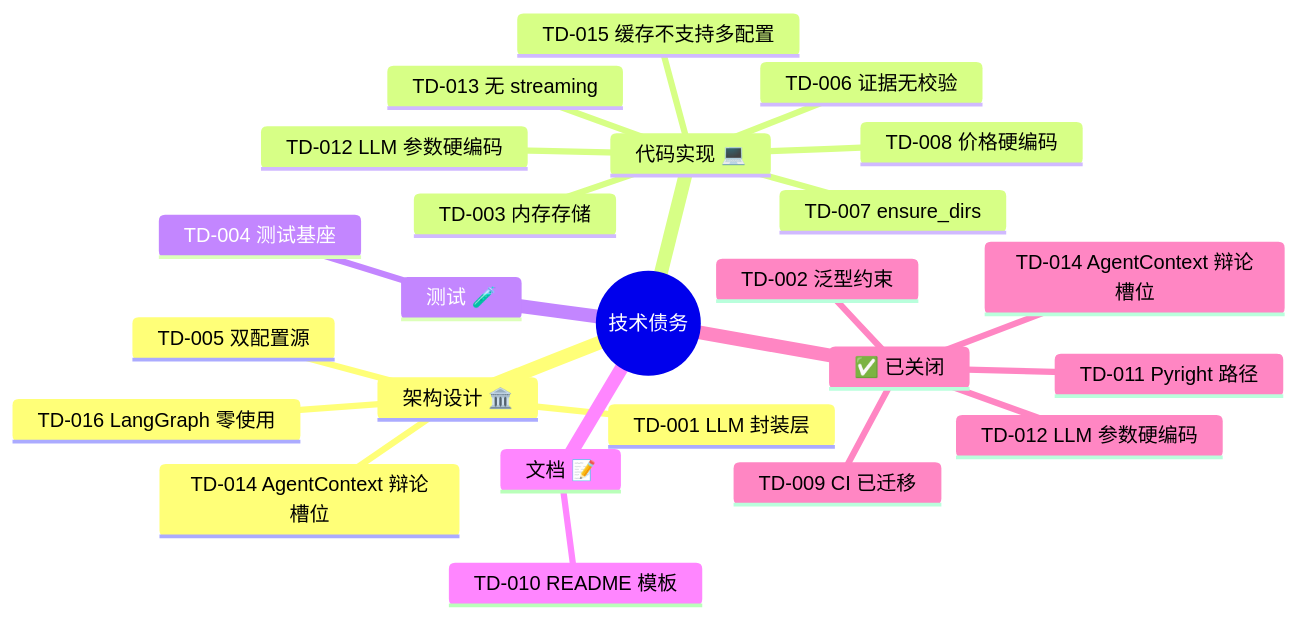
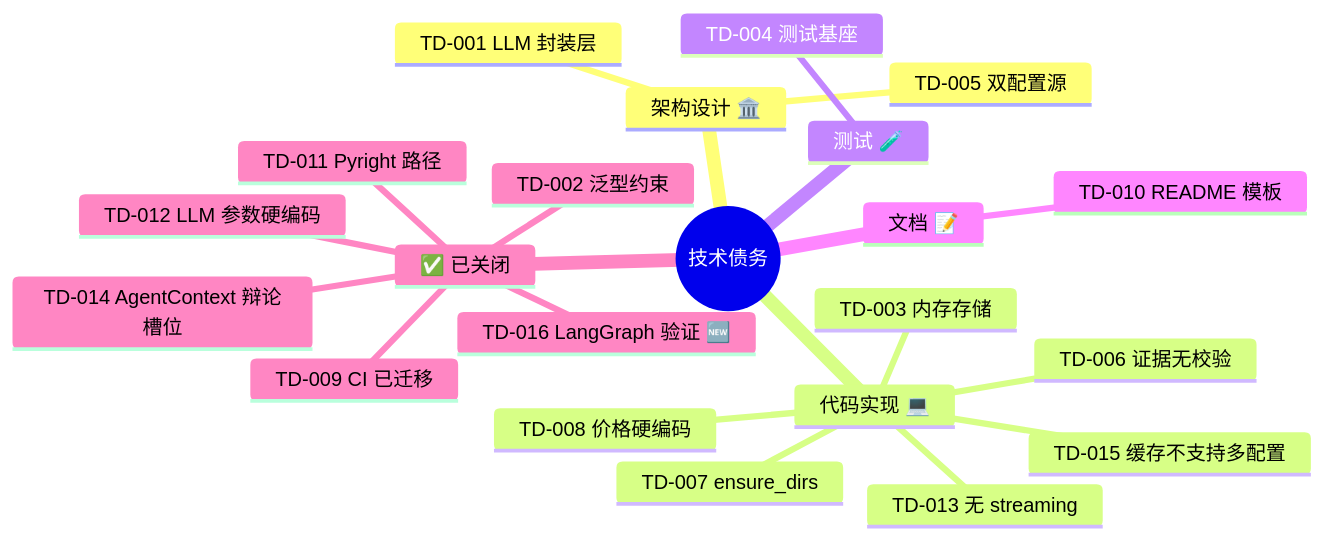
Before and after one commit to NoahLightryyy/litchi-head: the second of 3 diagrams in docs/技术债务与架构决策/技术债务日志.md, drawn with Mermaid. The commit also changed other lines of this file and 5 other files, not shown here.

````diff
--- a/docs/技术债务与架构决策/技术债务日志.md
+++ b/docs/技术债务与架构决策/技术债务日志.md
@@ -847,27 +846,25 @@
 ```mermaid
 mindmap
   root((技术债务))
     架构设计 🏛️
       TD-001 LLM 封装层
       TD-005 双配置源
-      TD-014 AgentContext 辩论槽位
-      TD-016 LangGraph 零使用
     代码实现 💻
       TD-003 内存存储
       TD-006 证据无校验
       TD-007 ensure_dirs
       TD-008 价格硬编码
-      TD-012 LLM 参数硬编码
       TD-013 无 streaming
       TD-015 缓存不支持多配置
     测试 🧪
       TD-004 测试基座
     文档 📝
       TD-010 README 模板
     ✅ 已关闭
       TD-002 泛型约束
       TD-009 CI 已迁移
       TD-011 Pyright 路径
       TD-012 LLM 参数硬编码
       TD-014 AgentContext 辩论槽位
+      TD-016 LangGraph 验证 🆕
 ```
````
